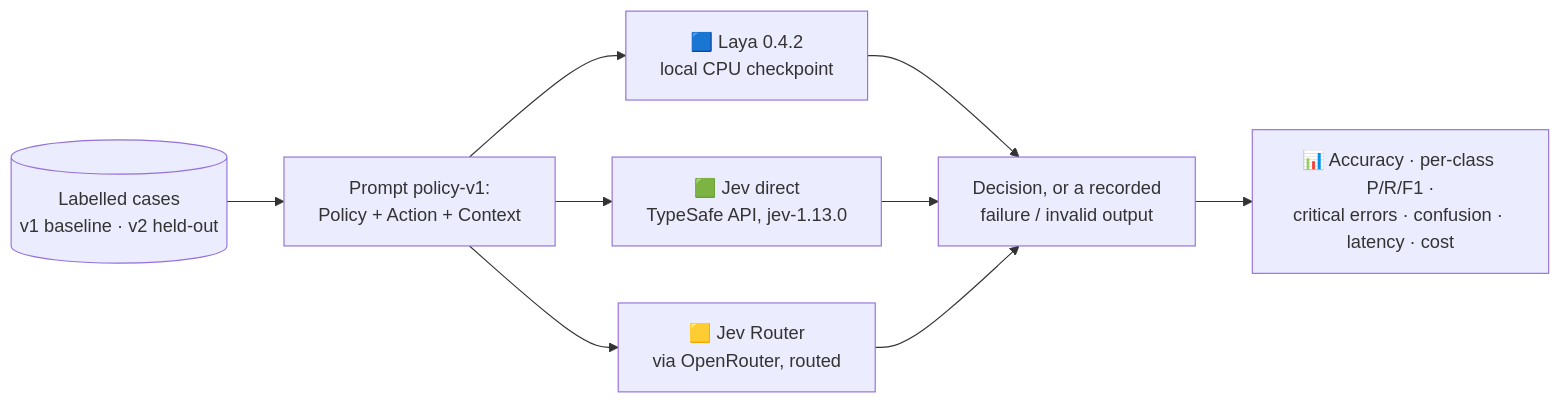
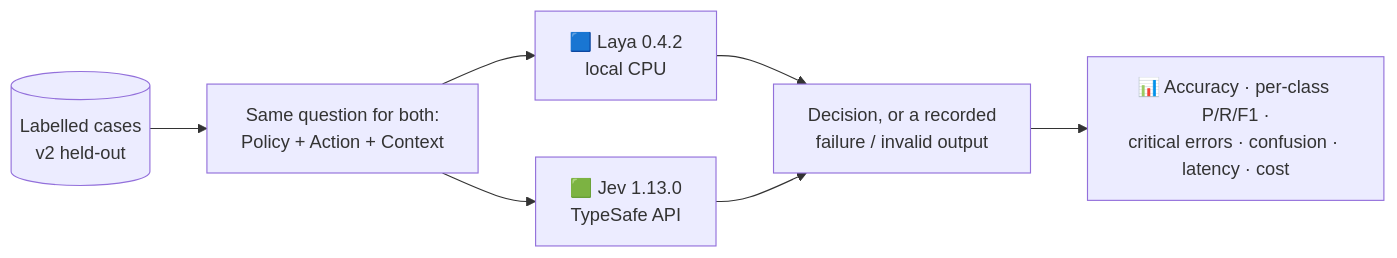
One commit to lavanya1402/systemone-benchlab changed the diagram in README.md. Above: the diagram before and after it, drawn with Mermaid. The commit also changed other lines of this file and 6 other files, not shown here.

First line of the commit message:
Rewrite README around Laya vs Jev direct with app screenshots

````diff
--- a/README.md
+++ b/README.md
@@ -125,11 +101,9 @@
 ```mermaid
 flowchart LR
-    D[(Labelled cases<br/>v1 baseline · v2 held-out)] --> P[Prompt policy-v1:<br/>Policy + Action + Context]
-    P --> L[🟦 Laya 0.4.2<br/>local CPU checkpoint]
-    P --> T[🟩 Jev direct<br/>TypeSafe API, jev-1.13.0]
-    P --> J[🟨 Jev Router<br/>via OpenRouter, routed]
+    D[(Labelled cases<br/>v2 held-out)] --> P[Same question for both:<br/>Policy + Action + Context]
+    P --> L[🟦 Laya 0.4.2<br/>local CPU]
+    P --> J[🟩 Jev 1.13.0<br/>TypeSafe API]
     L --> R[Decision, or a recorded<br/>failure / invalid output]
-    T --> R
     J --> R
     R --> M[📊 Accuracy · per-class P/R/F1 ·<br/>critical errors · confusion · latency · cost]
 ```
````
